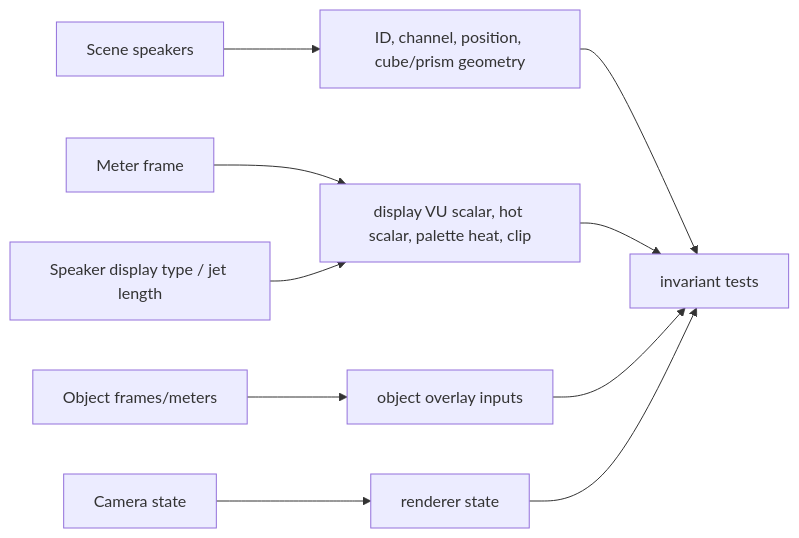
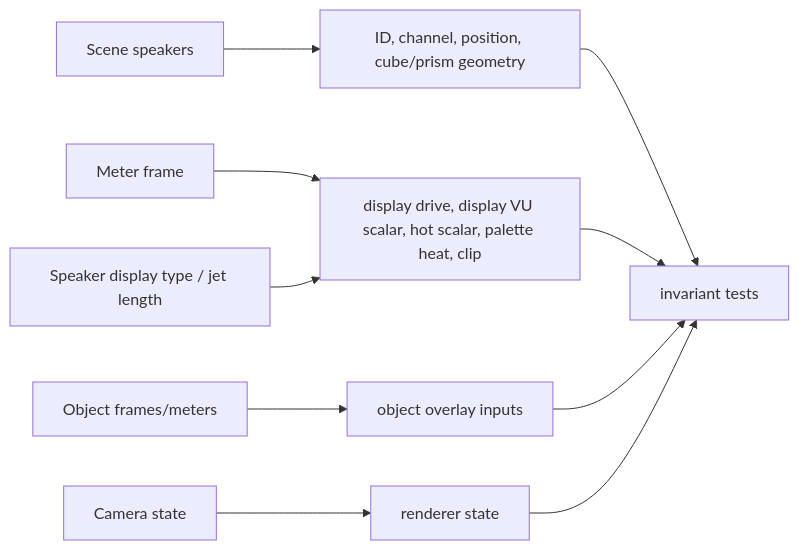
Before and after one commit to jebagu/orbital-view: diagram 14 of 20 in docs/system-flows.md, drawn with Mermaid. The commit also changed other lines of this file and 20 other files, not shown here.

````diff
--- a/docs/system-flows.md
+++ b/docs/system-flows.md
@@ -189,12 +189,12 @@
 ```mermaid
 flowchart LR
   Scene["Scene speakers"] --> StaticInputs["ID, channel, position, cube/prism geometry"]
-  Meter["Meter frame"] --> ColorInputs["display VU scalar, hot scalar, palette heat, clip"]
+  Meter["Meter frame"] --> ColorInputs["display drive, display VU scalar, hot scalar, palette heat, clip"]
   Objects["Object frames/meters"] --> ObjectInputs["object overlay inputs"]
   Camera["Camera state"] --> State["renderer state"]
   DisplayType["Speaker display type / jet length"] --> ColorInputs
   StaticInputs --> Tests["invariant tests"]
   ColorInputs --> Tests
   ObjectInputs --> Tests
   State --> Tests
 ```
````
